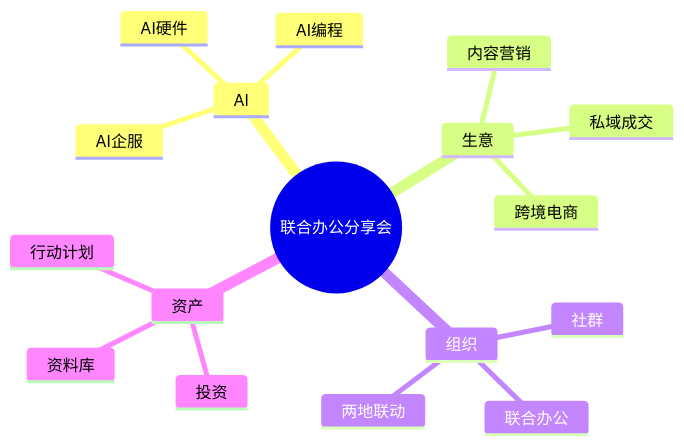
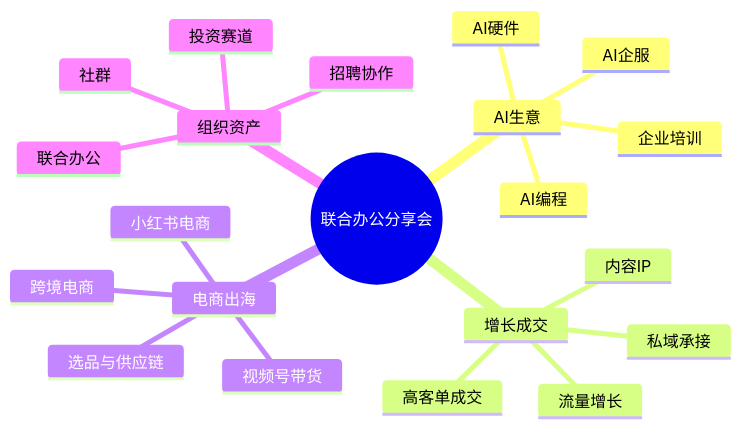
One commit to siuserxiaowei/scai-meeting-minutes-wiki-2026 changed the diagram in analysis/topic-matrix.md. Above: the diagram before and after it, drawn with Mermaid. The commit also changed other lines of this file and 49 other files, not shown here.

````diff
--- a/analysis/topic-matrix.md
+++ b/analysis/topic-matrix.md
@@ -10,20 +10,24 @@
 ```mermaid
 mindmap
   root((联合办公分享会))
-    AI
+    AI生意
       AI企服
       AI编程
       AI硬件
-    生意
-      内容营销
-      私域成交
+      企业培训
+    增长成交
+      流量增长
+      内容IP
+      私域承接
+      高客单成交
+    电商出海
       跨境电商
-    组织
+      小红书电商
+      视频号带货
+      选品与供应链
+    组织资产
       社群
       联合办公
-      两地联动
-    资产
-      投资
-      资料库
-      行动计划
+      招聘协作
+      投资赛道
 ```
````
